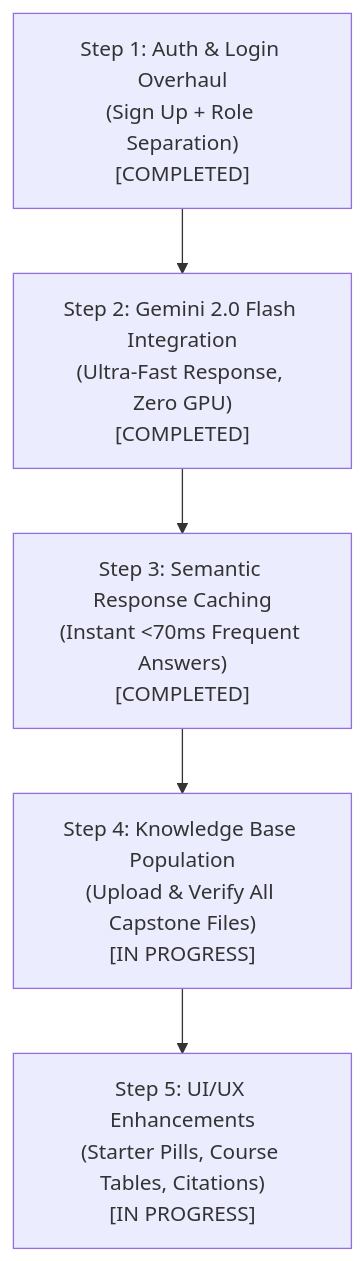
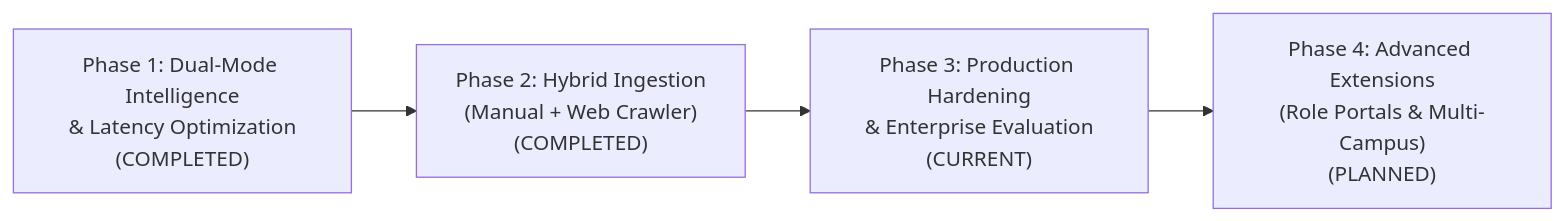
Before and after one commit to dheerendrapratapsingh/AI-Powered-Enterprise-Knowledge-Assistance-Platform: the second of 2 diagrams in PROJECT_SUMMARY_AND_ROADMAP.md, drawn with Mermaid. The commit also changed other lines of this file and 4 other files, not shown here.

````diff
--- a/PROJECT_SUMMARY_AND_ROADMAP.md
+++ b/PROJECT_SUMMARY_AND_ROADMAP.md
@@ -108,7 +145,6 @@
 ```mermaid
-flowchart TD
-    S1["Step 1: Auth & Login Overhaul\n(Sign Up + Role Separation)\n[COMPLETED]"] --> S2["Step 2: Gemini 2.0 Flash Integration\n(Ultra-Fast Response, Zero GPU)\n[COMPLETED]"]
-    S2 --> S3["Step 3: Semantic Response Caching\n(Instant <70ms Frequent Answers)\n[COMPLETED]"]
-    S3 --> S4["Step 4: Knowledge Base Population\n(Upload & Verify All Capstone Files)\n[IN PROGRESS]"]
-    S4 --> S5["Step 5: UI/UX Enhancements\n(Starter Pills, Course Tables, Citations)\n[IN PROGRESS]"]
+flowchart LR
+    M1["Phase 1: Dual-Mode Intelligence\n& Latency Optimization\n(COMPLETED)"] --> M2["Phase 2: Hybrid Ingestion\n(Manual + Web Crawler)\n(COMPLETED)"]
+    M2 --> M3["Phase 3: Production Hardening\n& Enterprise Evaluation\n(CURRENT)"]
+    M3 --> M4["Phase 4: Advanced Extensions\n(Role Portals & Multi-Campus)\n(PLANNED)"]
 ```
````
